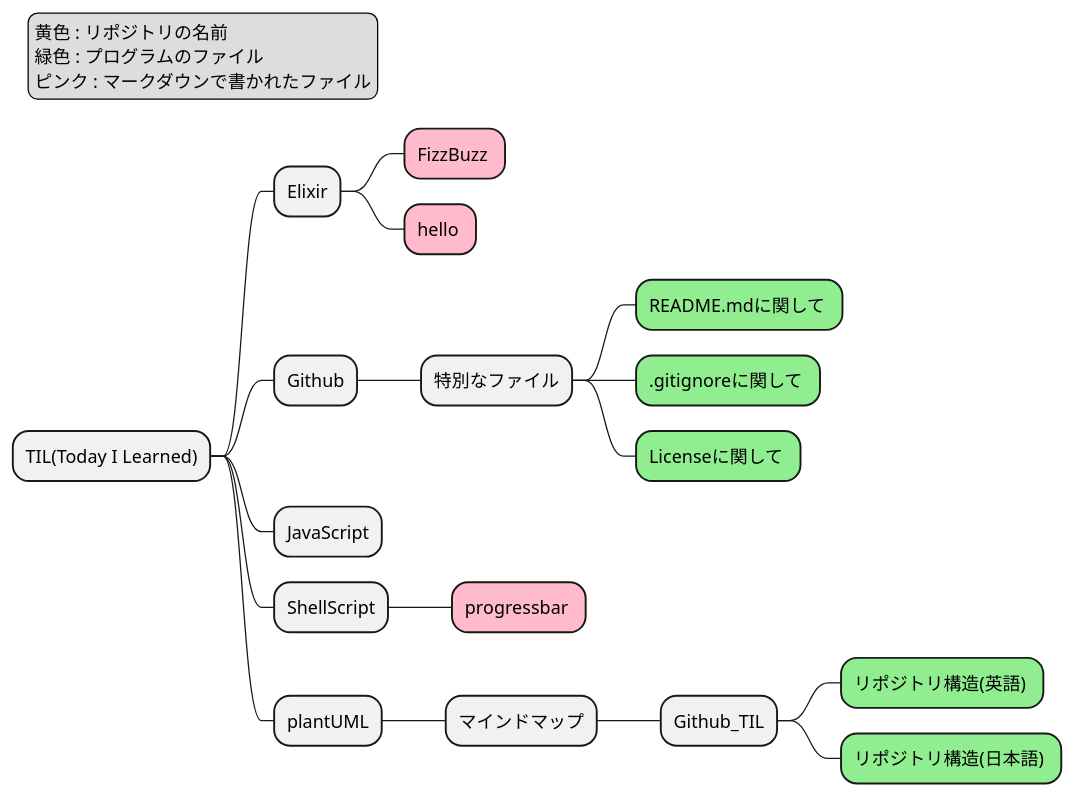
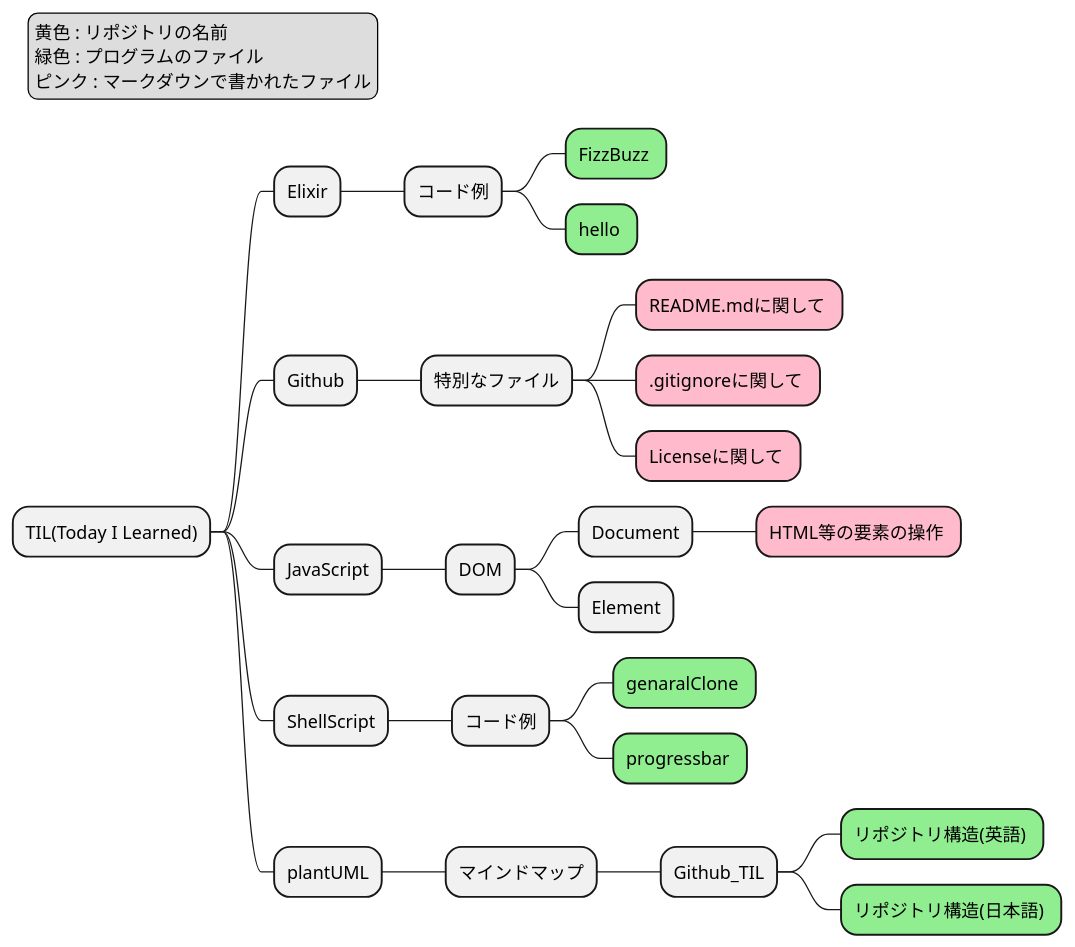
The diagram in plantUML/MindMap/Github_TIL/RepositoryStructureJ.puml (sudo-roa/TIL), drawn with PlantUML before and after one commit. The commit also changed 3 other files, not shown here.

```diff
--- a/plantUML/MindMap/Github_TIL/RepositoryStructureJ.puml
+++ b/plantUML/MindMap/Github_TIL/RepositoryStructureJ.puml
@@ -1,41 +1,51 @@
 @startmindmap RepositoryStructureJ
 
 <style>
 mindmapDiagram {
   .green {
     BackgroundColor #90ee90
   }
   .rose {
     BackgroundColor #FFBBCC
   }
 }
 </style>
 
 * TIL(Today I Learned)
+
 ** Elixir
-*** FizzBuzz <<rose>>
-*** hello <<rose>>
+*** コード例
+**** FizzBuzz <<green>>
+**** hello <<green>>
+
 ** Github
 *** 特別なファイル
-**** README.mdに関して <<green>>
-**** .gitignoreに関して <<green>>
-**** Licenseに関して <<green>>
+**** README.mdに関して <<rose>>
+**** .gitignoreに関して <<rose>>
+**** Licenseに関して <<rose>>
+
 ** JavaScript
+*** DOM
+**** Document
+***** HTML等の要素の操作 <<rose>>
+**** Element
 
 ** ShellScript
-*** progressbar <<rose>>
+*** コード例
+**** genaralClone <<green>>
+**** progressbar <<green>>
 
 ** plantUML
 *** マインドマップ
 **** Github_TIL
 ***** リポジトリ構造(英語) <<green>>
 ***** リポジトリ構造(日本語) <<green>>
 
 
 legend top left
     黄色 : リポジトリの名前
     緑色 : プログラムのファイル
     ピンク : マークダウンで書かれたファイル
 endlegend
 
 @endmindmap
```
